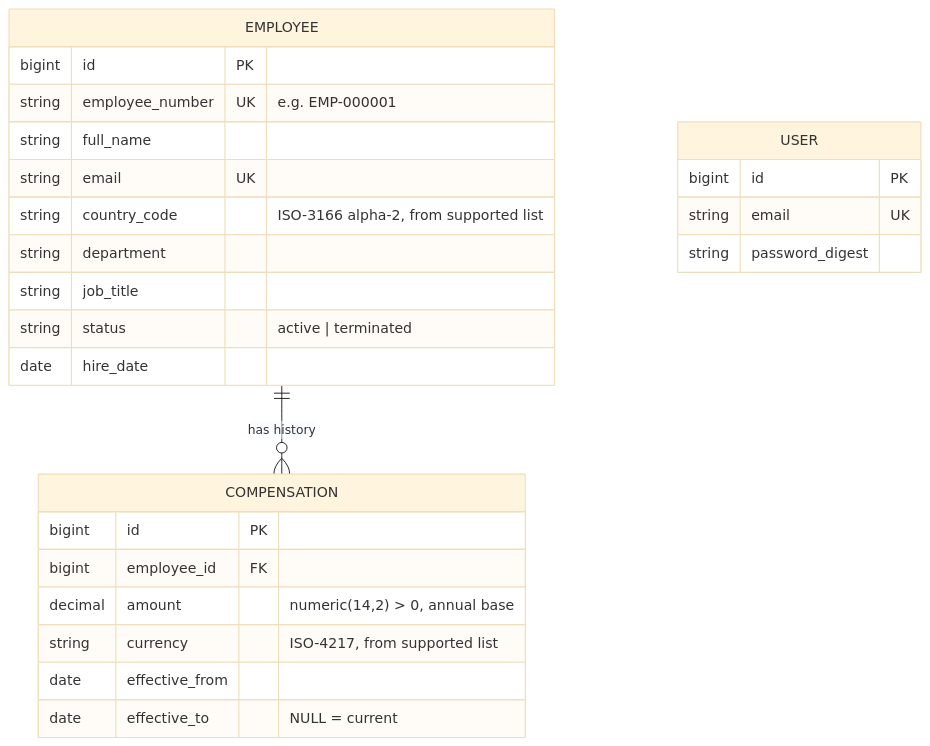
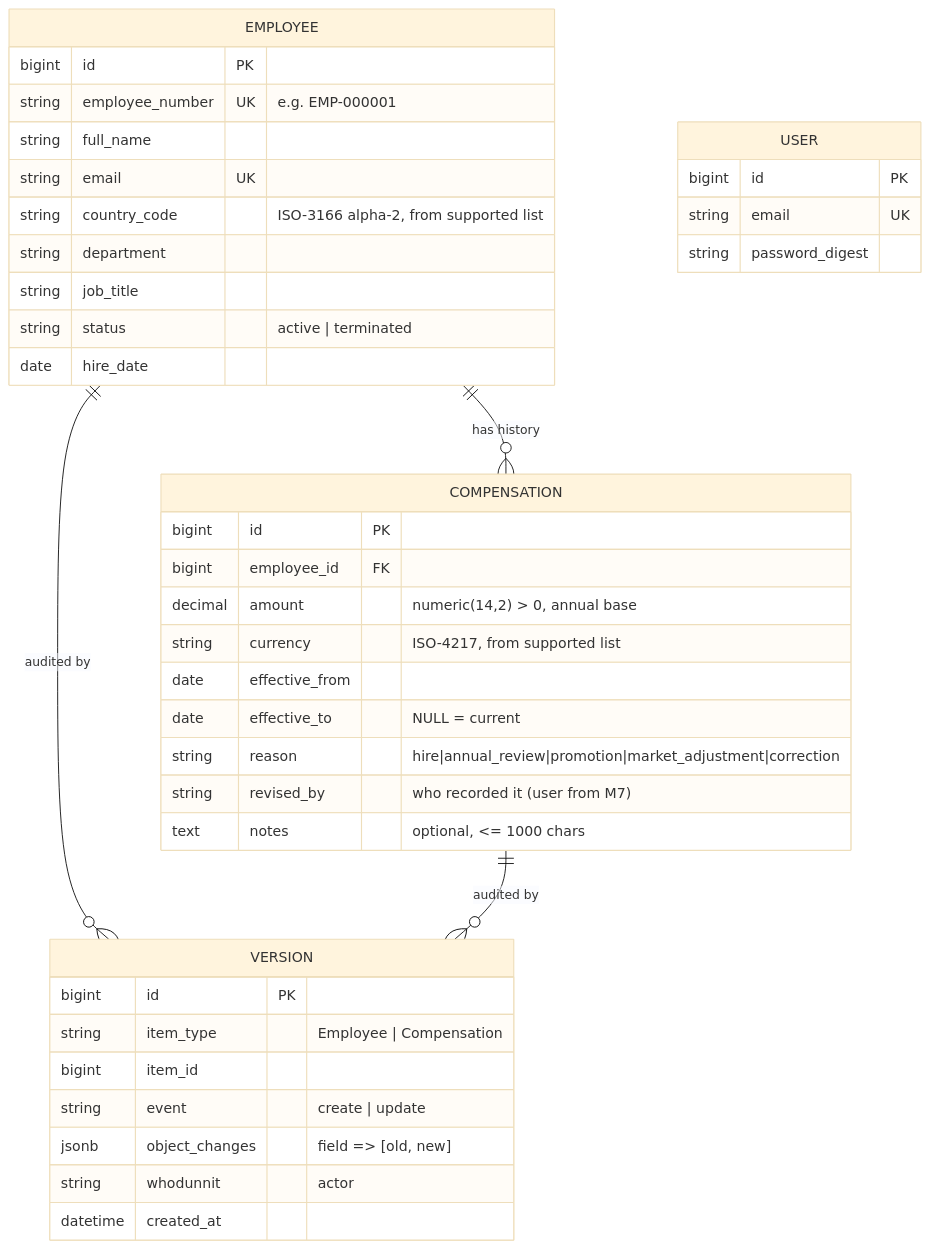
Before and after one commit to sravan44/salary-dashboard: the diagram in docs/domain-model.md, drawn with Mermaid (base theme). The commit also changed other lines of this file and 31 other files, not shown here.

First line of the commit message:
feat(employees): add employee and salary history schema, audit trail and deterministic 10k seed

````diff
--- a/docs/domain-model.md
+++ b/docs/domain-model.md
@@ -3,28 +3,42 @@
 ```mermaid
 erDiagram
   EMPLOYEE ||--o{ COMPENSATION : "has history"
+  EMPLOYEE ||--o{ VERSION : "audited by"
+  COMPENSATION ||--o{ VERSION : "audited by"
   EMPLOYEE {
     bigint id PK
     string employee_number UK "e.g. EMP-000001"
     string full_name
     string email UK
     string country_code "ISO-3166 alpha-2, from supported list"
     string department
     string job_title
     string status "active | terminated"
     date hire_date
   }
   COMPENSATION {
     bigint id PK
     bigint employee_id FK
     decimal amount "numeric(14,2) > 0, annual base"
     string currency "ISO-4217, from supported list"
     date effective_from
     date effective_to "NULL = current"
+    string reason "hire|annual_review|promotion|market_adjustment|correction"
+    string revised_by "who recorded it (user from M7)"
+    text notes "optional, <= 1000 chars"
+  }
+  VERSION {
+    bigint id PK
+    string item_type "Employee | Compensation"
+    bigint item_id
+    string event "create | update"
+    jsonb object_changes "field => [old, new]"
+    string whodunnit "actor"
+    datetime created_at
   }
   USER {
     bigint id PK
     string email UK
     string password_digest
   }
 ```
````
